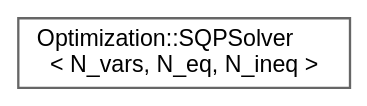
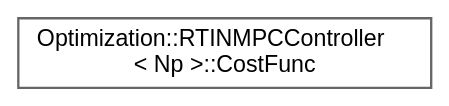
One commit to jswoo0615/Algorithms_for_Optimization_cpp changed the diagram in inherit_graph_52.dot. Above: the diagram before and after it, drawn with Graphviz. The commit also changed 80 other files, not shown here.

```diff
--- a/inherit_graph_52.dot
+++ b/inherit_graph_52.dot
@@ -1,9 +1,9 @@
 digraph "Graphical Class Hierarchy"
 {
  // LATEX_PDF_SIZE
   bgcolor="transparent";
   edge [fontname=Helvetica,fontsize=10,labelfontname=Helvetica,labelfontsize=10];
   node [fontname=Helvetica,fontsize=10,shape=box,height=0.2,width=0.4];
   rankdir="LR";
-  Node0 [id="Node000000",label="Optimization::SQPSolver\l\< N_vars, N_eq, N_ineq \>",height=0.2,width=0.4,color="grey40", fillcolor="white", style="filled",URL="$classOptimization_1_1SQPSolver.html",tooltip="SQPSolver 클래스"];
+  Node0 [id="Node000000",label="Optimization::RTINMPCController\l\< Np \>::CostFunc",height=0.2,width=0.4,color="grey40", fillcolor="white", style="filled",URL="$structOptimization_1_1RTINMPCController_1_1CostFunc.html",tooltip=" "];
 }
```
